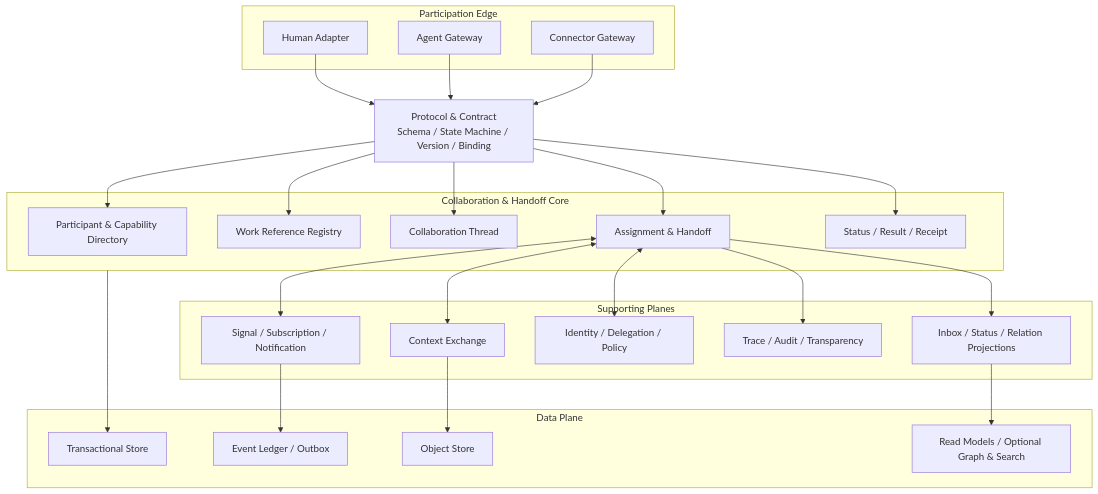
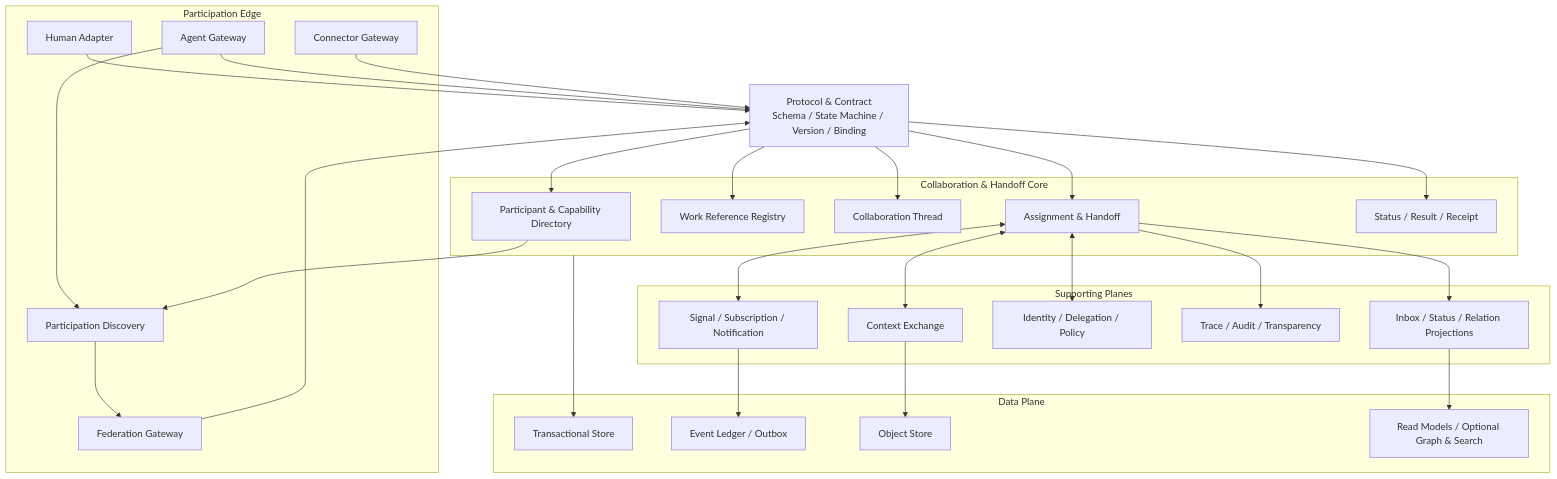
Before and after one commit to AgentEra/work-fabric: the fifth of 10 diagrams in docs/architecture.md, drawn with Mermaid. The commit also changed other lines of this file and 11 other files, not shown here.

Commit message:
docs: complete participation discovery profile

````diff
--- a/docs/architecture.md
+++ b/docs/architecture.md
@@ -481,51 +490,57 @@
 ```mermaid
 flowchart TB
     subgraph Edge["Participation Edge"]
         HA["Human Adapter"]
         AG["Agent Gateway"]
         CG["Connector Gateway"]
+        PD["Participation Discovery"]
+        FG["Federation Gateway"]
     end
 
     Protocol["Protocol & Contract<br/>Schema / State Machine / Version / Binding"]
 
     subgraph Core["Collaboration & Handoff Core"]
         Directory["Participant & Capability Directory"]
         Registry["Work Reference Registry"]
         Thread["Collaboration Thread"]
         Handoff["Assignment & Handoff"]
         Status["Status / Result / Receipt"]
     end
 
     subgraph Support["Supporting Planes"]
         Signal["Signal / Subscription / Notification"]
         Context["Context Exchange"]
         Trust["Identity / Delegation / Policy"]
         Trace["Trace / Audit / Transparency"]
         Projection["Inbox / Status / Relation Projections"]
     end
 
     subgraph Data["Data Plane"]
         Tx["Transactional Store"]
         Event["Event Ledger / Outbox"]
         Object["Object Store"]
         Read["Read Models / Optional Graph & Search"]
     end
 
     HA --> Protocol
     AG --> Protocol
     CG --> Protocol
+    AG --> PD
+    Directory --> PD
+    PD --> FG
+    FG --> Protocol
     Protocol --> Directory
     Protocol --> Registry
     Protocol --> Thread
     Protocol --> Handoff
     Protocol --> Status
     Handoff <--> Signal
     Handoff <--> Context
     Handoff <--> Trust
     Handoff --> Trace
     Handoff --> Projection
     Core --> Tx
     Signal --> Event
     Context --> Object
     Projection --> Read
 ```
````
